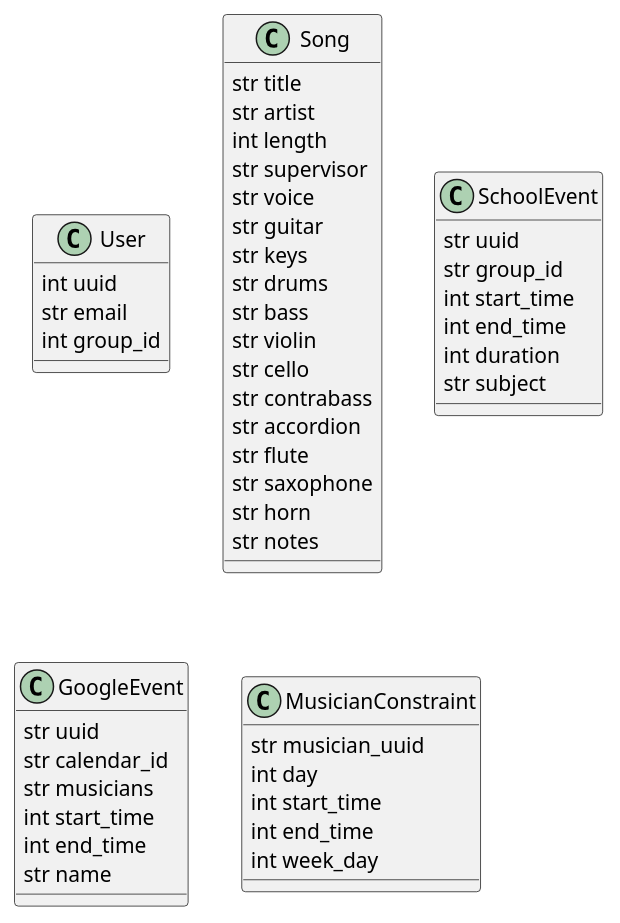
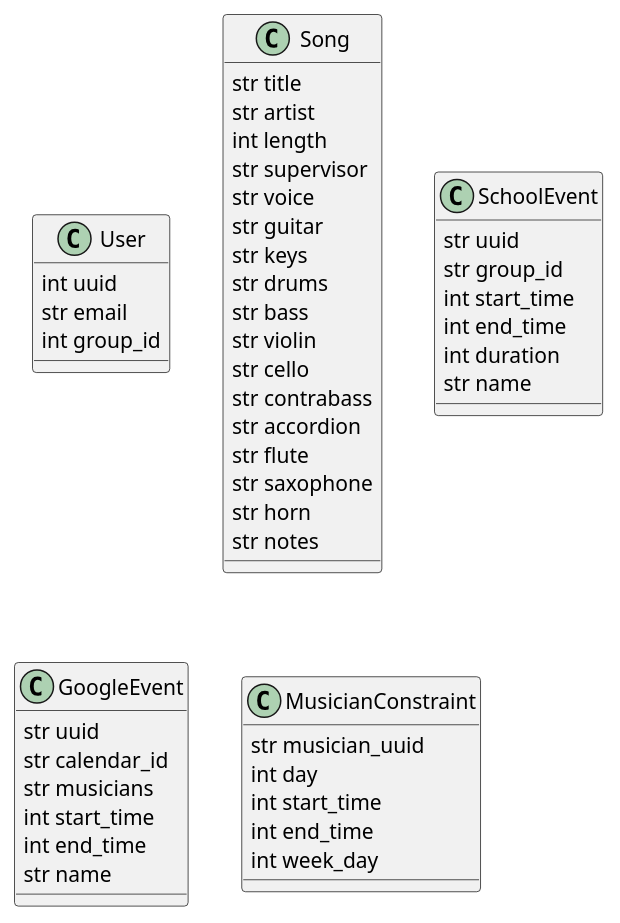
Before and after one commit to Tired-Biscuit/artebot: the diagram in diagram.wsd, drawn with PlantUML. The commit also changed 5 other files, not shown here.

```diff
--- a/diagram.wsd
+++ b/diagram.wsd
@@ -1,52 +1,52 @@
 @startuml Diagram
 
 'Needs the PlantUML extension to be seen
 
 class User
 User : int uuid
 User : str email
 User : int group_id
 
 class Song
 Song : str title
 Song : str artist
 Song : int length
 Song : str supervisor
 Song : str voice
 Song : str guitar
 Song : str keys
 Song : str drums
 Song : str bass
 Song : str violin
 Song : str cello
 Song : str contrabass
 Song : str accordion
 Song : str flute
 Song : str saxophone
 Song : str horn
 Song : str notes
 
 class SchoolEvent
 SchoolEvent : str uuid
 SchoolEvent : str group_id
 SchoolEvent : int start_time
 SchoolEvent : int end_time
 SchoolEvent : int duration
-SchoolEvent : str subject
+SchoolEvent : str name
 
 class GoogleEvent
 GoogleEvent : str uuid
 GoogleEvent : str calendar_id
 GoogleEvent : str musicians
 GoogleEvent : int start_time
 GoogleEvent : int end_time
 GoogleEvent : str name
 
 class MusicianConstraint
 MusicianConstraint : str musician_uuid
 MusicianConstraint : int day
 MusicianConstraint : int start_time
 MusicianConstraint : int end_time
 MusicianConstraint : int week_day
 
 @enduml
```
